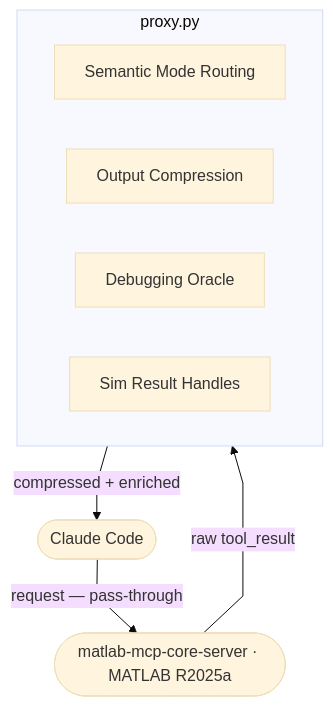
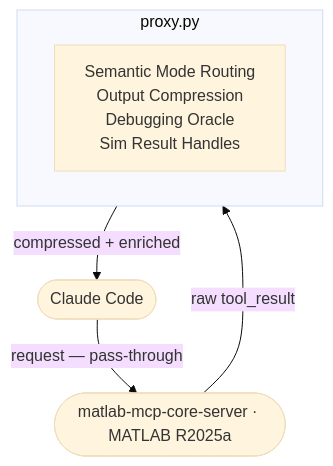
The diagram in README.md (nightfury1802/matlab-mcp-proxy), drawn with Mermaid (base theme) before and after one commit.

````diff
--- a/README.md
+++ b/README.md
@@ -11,18 +11,16 @@
 ```mermaid
-%%{init: {"flowchart": {"curve": "linear"}} }%%
 flowchart TD
     CC([Claude Code])
     UP(["matlab-mcp-core-server · MATLAB R2025a"])
 
-    subgraph PX["  proxy.py  "]
-        direction LR
-        A["Semantic Mode Routing"]
-        B["Output Compression"]
-        C["Debugging Oracle"]
-        D["Sim Result Handles"]
+    subgraph PX["proxy.py"]
+        F["Semantic Mode Routing
+        Output Compression
+        Debugging Oracle
+        Sim Result Handles"]
     end
 
     CC -->|"request — pass-through"| UP
     UP -->|"raw tool_result"| PX
     PX -->|"compressed + enriched"| CC
 ```
````
